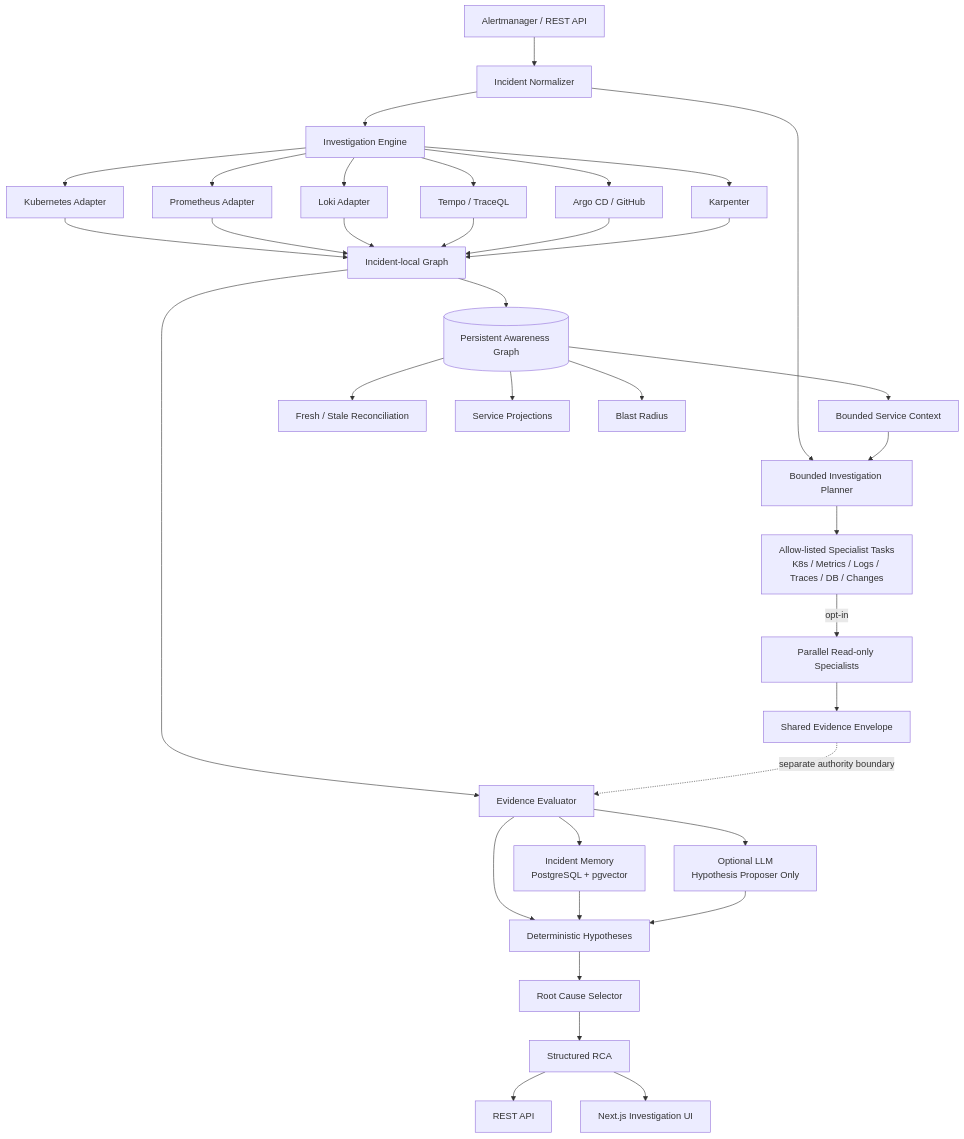
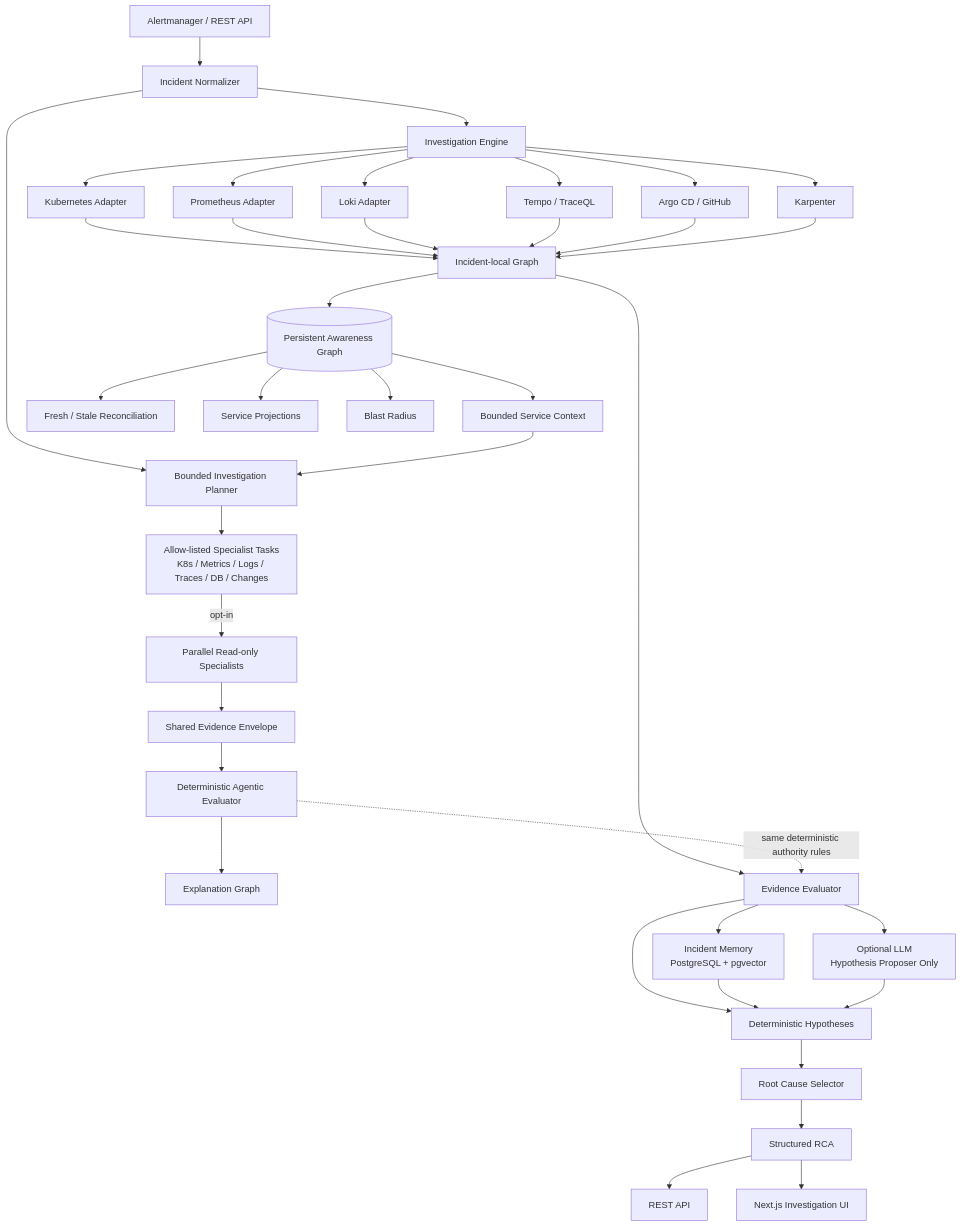
One commit to marcocristofolini/ai-sre-rca changed the first of 19 diagrams in docs/architecture.md. Above: the diagram before and after it, drawn with Mermaid. The commit also changed other lines of this file, not shown here.

Commit message:
docs: add shared envelope evaluator architecture

````diff
--- a/docs/architecture.md
+++ b/docs/architecture.md
@@ -7,43 +7,45 @@
 ```mermaid
 flowchart TD
     A[Alertmanager / REST API] --> N[Incident Normalizer]
     N --> PLAN[Bounded Investigation Planner]
     N --> I[Investigation Engine]
 
     PAG[(Persistent Awareness Graph)] --> CTX[Bounded Service Context]
     CTX --> PLAN
     PLAN --> PT[Allow-listed Specialist Tasks<br/>K8s / Metrics / Logs / Traces / DB / Changes]
     PT -->|opt-in| ORCH[Parallel Read-only Specialists]
     ORCH --> SE[Shared Evidence Envelope]
+    SE --> AE[Deterministic Agentic Evaluator]
+    AE --> XG[Explanation Graph]
 
     I --> K[Kubernetes Adapter]
     I --> P[Prometheus Adapter]
     I --> L[Loki Adapter]
     I --> T[Tempo / TraceQL]
     I --> AR[Argo CD / GitHub]
     I --> KA[Karpenter]
 
     K --> LG[Incident-local Graph]
     P --> LG
     L --> LG
     T --> LG
     AR --> LG
     KA --> LG
 
     LG --> EV[Evidence Evaluator]
-    SE -. separate authority boundary .-> EV
+    AE -. same deterministic authority rules .-> EV
     LG --> PAG
     PAG --> REC[Fresh / Stale Reconciliation]
     PAG --> SV[Service Projections]
     PAG --> BR[Blast Radius]
 
     EV --> H[Deterministic Hypotheses]
     EV --> MEM[Incident Memory<br/>PostgreSQL + pgvector]
     EV --> LLM[Optional LLM<br/>Hypothesis Proposer Only]
     MEM --> H
     LLM --> H
     H --> RC[Root Cause Selector]
     RC --> RCA[Structured RCA]
     RCA --> API[REST API]
     RCA --> UI[Next.js Investigation UI]
 ```
````
